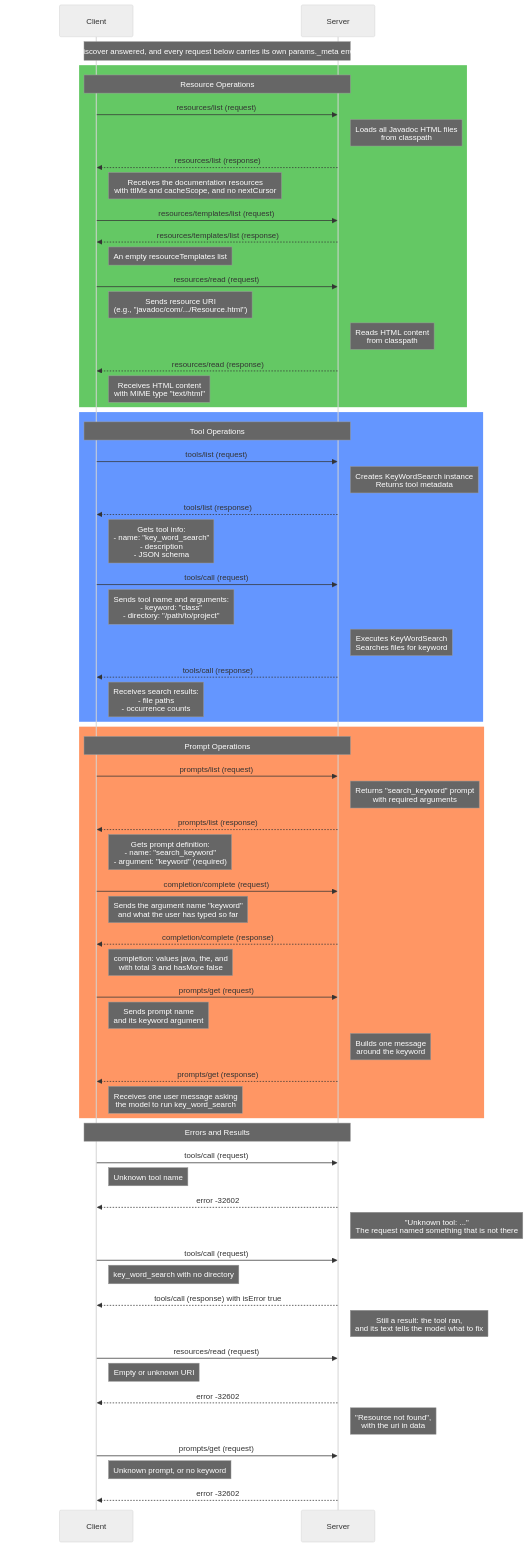
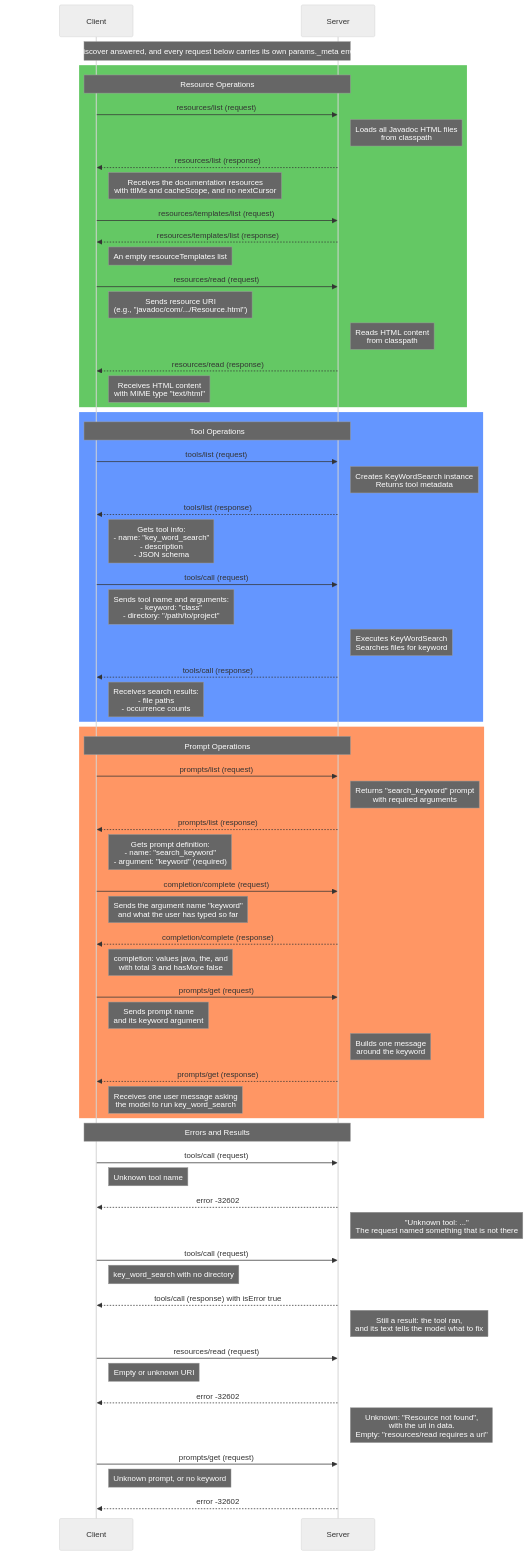
Before and after one commit to David-Parry/agent-mcp-workshop: the diagram in lessons/04-mcp-message-flow.md, drawn with Mermaid (neutral theme). The commit also changed 25 other files, not shown here.

````diff
--- a/lessons/04-mcp-message-flow.md
+++ b/lessons/04-mcp-message-flow.md
@@ -5,79 +5,79 @@
 ```mermaid
 sequenceDiagram
     participant Client
     participant Server
     
     Note over Client,Server: Prerequisites: server/discover answered, and every request below carries its own params._meta envelope (from Lesson 3)
     
     rect rgb(100, 200, 100)
         Note over Client,Server: Resource Operations
         Client->>Server: resources/list (request)
         Note right of Server: Loads all Javadoc HTML files<br/>from classpath
         Server-->>Client: resources/list (response)
         Note right of Client: Receives the documentation resources<br/>with ttlMs and cacheScope, and no nextCursor
         
         Client->>Server: resources/templates/list (request)
         Server-->>Client: resources/templates/list (response)
         Note right of Client: An empty resourceTemplates list
         
         Client->>Server: resources/read (request)
         Note right of Client: Sends resource URI<br/>(e.g., "javadoc/com/.../Resource.html")
         Note right of Server: Reads HTML content<br/>from classpath
         Server-->>Client: resources/read (response)
         Note right of Client: Receives HTML content<br/>with MIME type "text/html"
     end
     
     rect rgb(100, 150, 255)
         Note over Client,Server: Tool Operations
         Client->>Server: tools/list (request)
         Note right of Server: Creates KeyWordSearch instance<br/>Returns tool metadata
         Server-->>Client: tools/list (response)
         Note right of Client: Gets tool info:<br/>- name: "key_word_search"<br/>- description<br/>- JSON schema
         
         Client->>Server: tools/call (request)
         Note right of Client: Sends tool name and arguments:<br/>- keyword: "class"<br/>- directory: "/path/to/project"
         Note right of Server: Executes KeyWordSearch<br/>Searches files for keyword
         Server-->>Client: tools/call (response)
         Note right of Client: Receives search results:<br/>- file paths<br/>- occurrence counts
     end
     
     rect rgb(255, 150, 100)
         Note over Client,Server: Prompt Operations
         Client->>Server: prompts/list (request)
         Note right of Server: Returns "search_keyword" prompt<br/>with required arguments
         Server-->>Client: prompts/list (response)
         Note right of Client: Gets prompt definition:<br/>- name: "search_keyword"<br/>- argument: "keyword" (required)
         
         Client->>Server: completion/complete (request)
         Note right of Client: Sends the argument name "keyword"<br/>and what the user has typed so far
         Server-->>Client: completion/complete (response)
         Note right of Client: completion: values java, the, and<br/>with total 3 and hasMore false
         
         Client->>Server: prompts/get (request)
         Note right of Client: Sends prompt name<br/>and its keyword argument
         Note right of Server: Builds one message<br/>around the keyword
         Server-->>Client: prompts/get (response)
         Note right of Client: Receives one user message asking<br/>the model to run key_word_search
     end
     
     Note over Client,Server: Errors and Results
     
     Client->>Server: tools/call (request)
     Note right of Client: Unknown tool name
     Server-->>Client: error -32602
     Note right of Server: "Unknown tool: ..."<br/>The request named something that is not there
     
     Client->>Server: tools/call (request)
     Note right of Client: key_word_search with no directory
     Server-->>Client: tools/call (response) with isError true
     Note right of Server: Still a result: the tool ran,<br/>and its text tells the model what to fix
     
     Client->>Server: resources/read (request)
     Note right of Client: Empty or unknown URI
     Server-->>Client: error -32602
-    Note right of Server: "Resource not found",<br/>with the uri in data
+    Note right of Server: Unknown: "Resource not found",<br/>with the uri in data.<br/>Empty: "resources/read requires a uri"
     
     Client->>Server: prompts/get (request)
     Note right of Client: Unknown prompt, or no keyword
     Server-->>Client: error -32602
 ```
````
